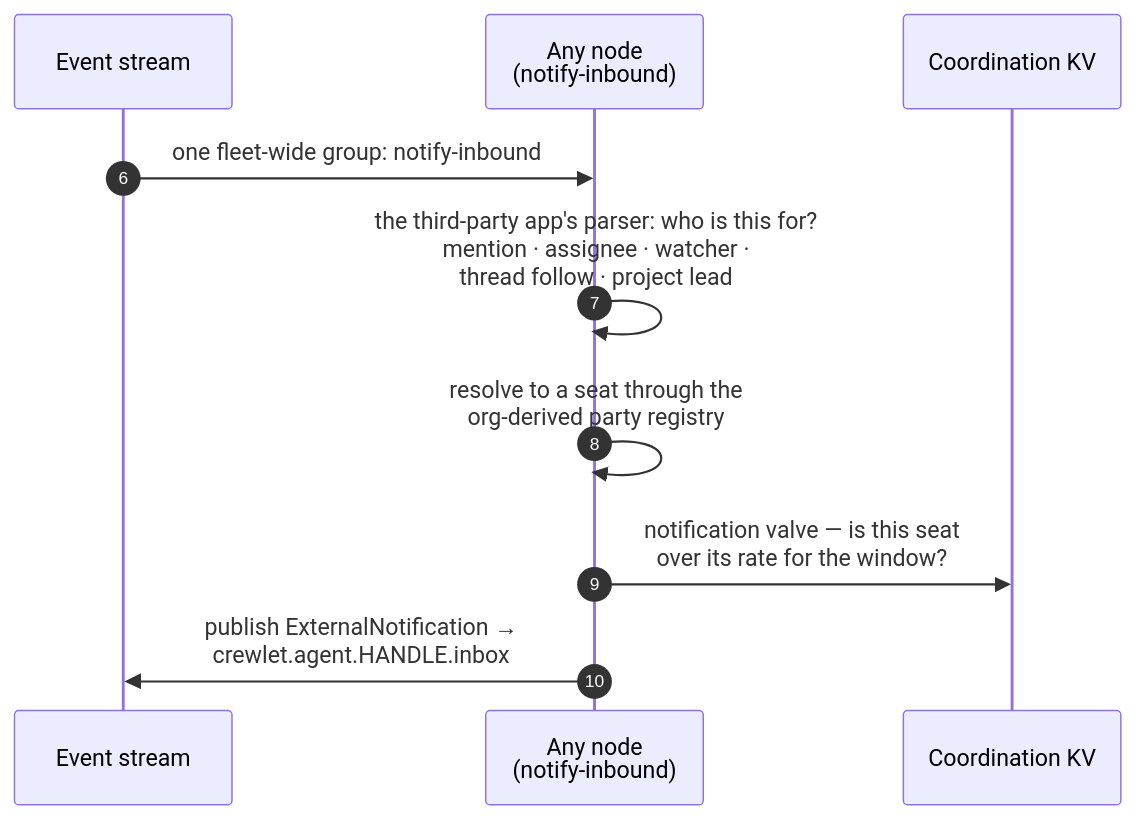
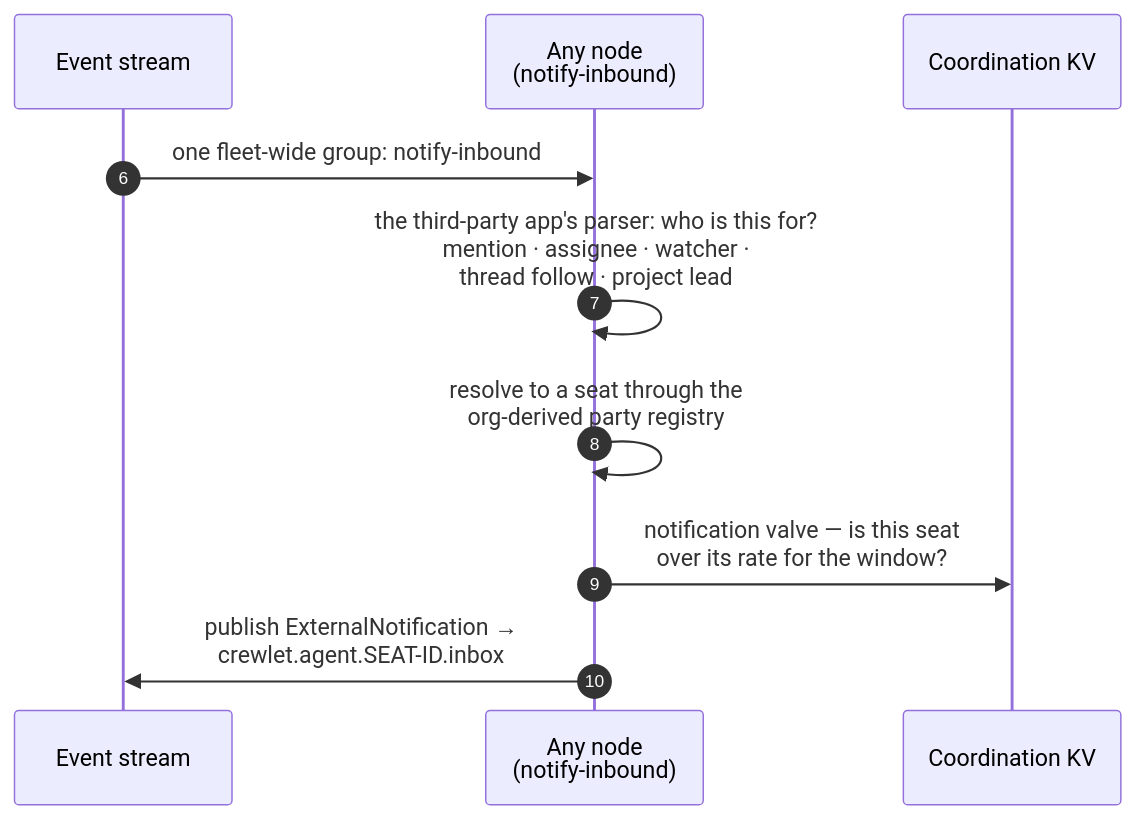
One commit to crewlet/crewlet changed the sixth of 10 diagrams in docs/concepts/architecture.md. Above: the diagram before and after it, drawn with Mermaid. The commit also changed other lines of this file and 19 other files, not shown here.

````diff
--- a/docs/concepts/architecture.md
+++ b/docs/concepts/architecture.md
@@ -325,13 +325,13 @@
 ```mermaid
 sequenceDiagram
     autonumber 6
     participant S as Event stream
     participant R as Any node<br/>(notify-inbound)
     participant KV as Coordination KV
 
     S->>R: one fleet-wide group: notify-inbound
     R->>R: the third-party app's parser: who is this for?<br/>mention · assignee · watcher ·<br/>thread follow · project lead
     R->>R: resolve to a seat through the<br/>org-derived party registry
     R->>KV: notification valve — is this seat<br/>over its rate for the window?
-    R->>S: publish ExternalNotification →<br/>crewlet.agent.HANDLE.inbox
+    R->>S: publish ExternalNotification →<br/>crewlet.agent.SEAT-ID.inbox
 ```
````
